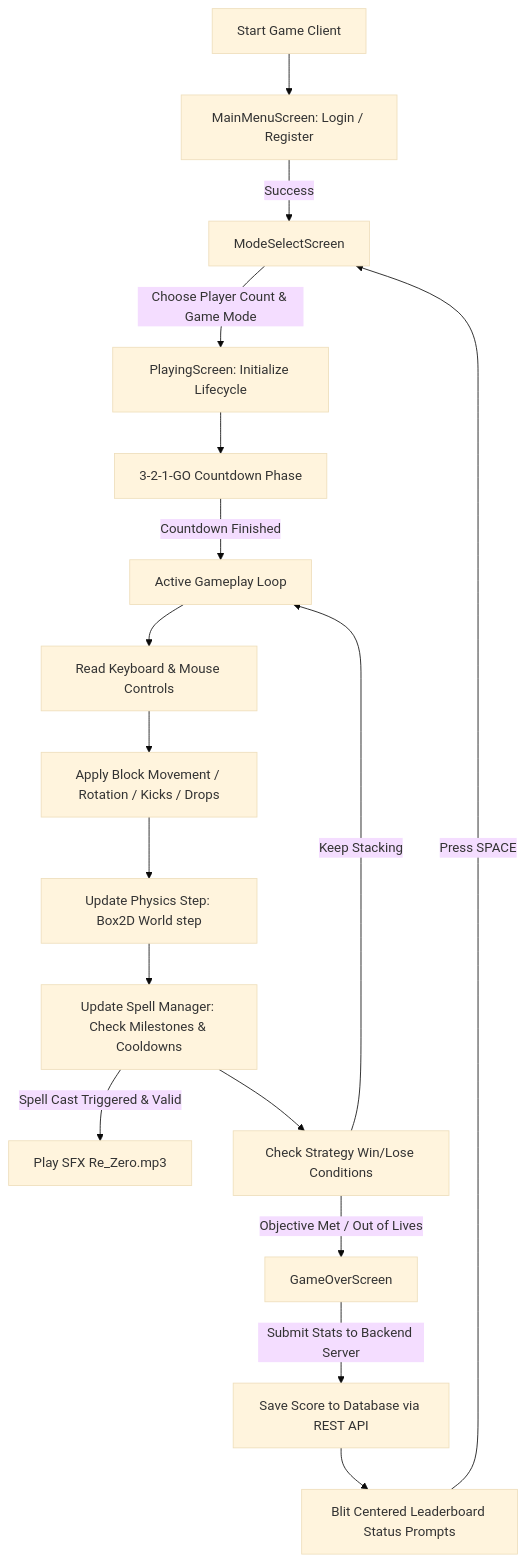
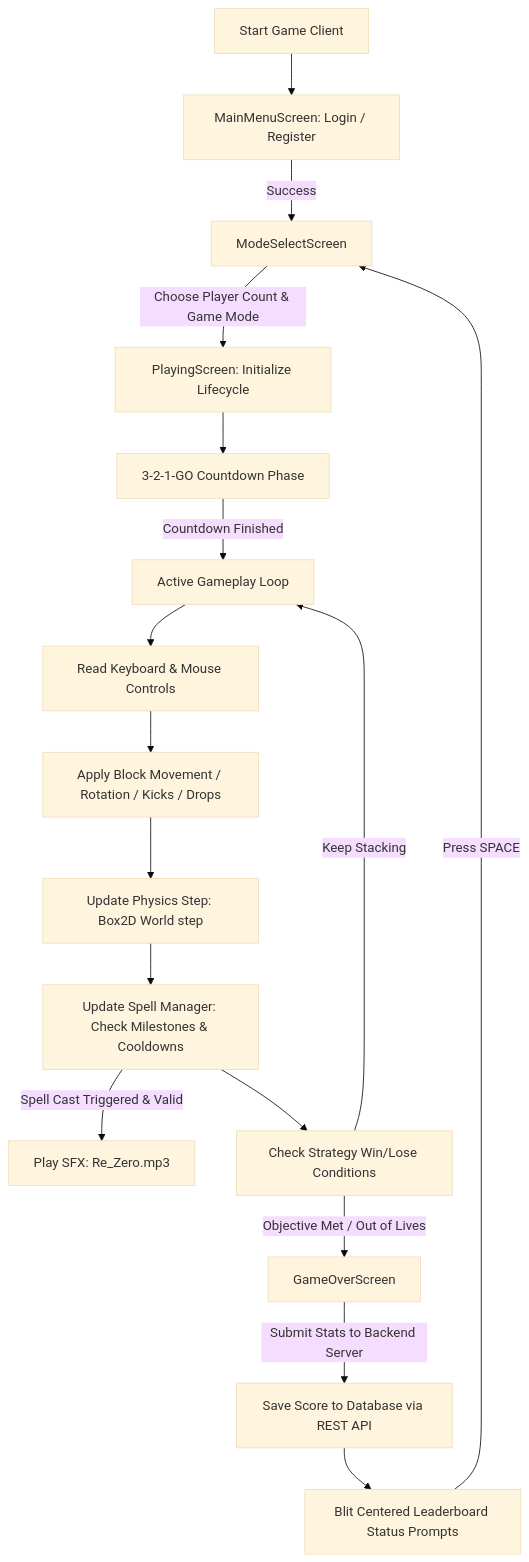
The second of 2 diagrams in README.md (codename-alfa/chaoticTower), drawn with Mermaid (base theme) before and after one commit. The commit also changed other lines of this file, not shown here.

````diff
--- a/README.md
+++ b/README.md
@@ -142,19 +134,19 @@
 ```mermaid
 graph TD
-    A[Start Game Client] --> B[MainMenuScreen: Login / Register]
-    B -->|Success| C[ModeSelectScreen]
-    C -->|Choose Player Count & Game Mode| D[PlayingScreen: Initialize Lifecycle]
-    D --> E[3-2-1-GO Countdown Phase]
-    E -->|Countdown Finished| F[Active Gameplay Loop]
-    F --> G[Read Keyboard & Mouse Controls]
-    G --> H[Apply Block Movement / Rotation / Kicks / Drops]
-    H --> I[Update Physics Step: Box2D World step]
-    I --> J[Update Spell Manager: Check Milestones & Cooldowns]
-    J -->|Spell Cast Triggered & Valid| K[Play SFX Re_Zero.mp3]
-    J --> L[Check Strategy Win/Lose Conditions]
+    A["Start Game Client"] --> B["MainMenuScreen: Login / Register"]
+    B -->|Success| C["ModeSelectScreen"]
+    C -->|Choose Player Count & Game Mode| D["PlayingScreen: Initialize Lifecycle"]
+    D --> E["3-2-1-GO Countdown Phase"]
+    E -->|Countdown Finished| F["Active Gameplay Loop"]
+    F --> G["Read Keyboard & Mouse Controls"]
+    G --> H["Apply Block Movement / Rotation / Kicks / Drops"]
+    H --> I["Update Physics Step: Box2D World step"]
+    I --> J["Update Spell Manager: Check Milestones & Cooldowns"]
+    J -->|Spell Cast Triggered & Valid| K["Play SFX: Re_Zero.mp3"]
+    J --> L["Check Strategy Win/Lose Conditions"]
     L -->|Keep Stacking| F
-    L -->|Objective Met / Out of Lives| M[GameOverScreen]
-    M -->|Submit Stats to Backend Server| N[Save Score to Database via REST API]
-    N --> O[Blit Centered Leaderboard Status Prompts]
+    L -->|Objective Met / Out of Lives| M["GameOverScreen"]
+    M -->|Submit Stats to Backend Server| N["Save Score to Database via REST API"]
+    N --> O["Blit Centered Leaderboard Status Prompts"]
     O -->|Press SPACE| C
 ```
````
